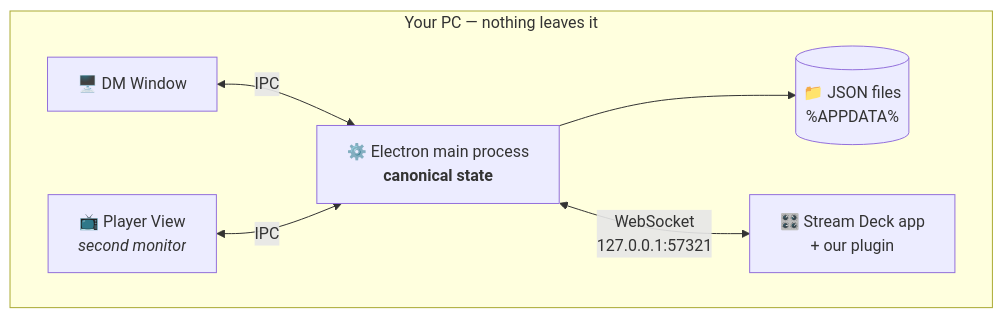
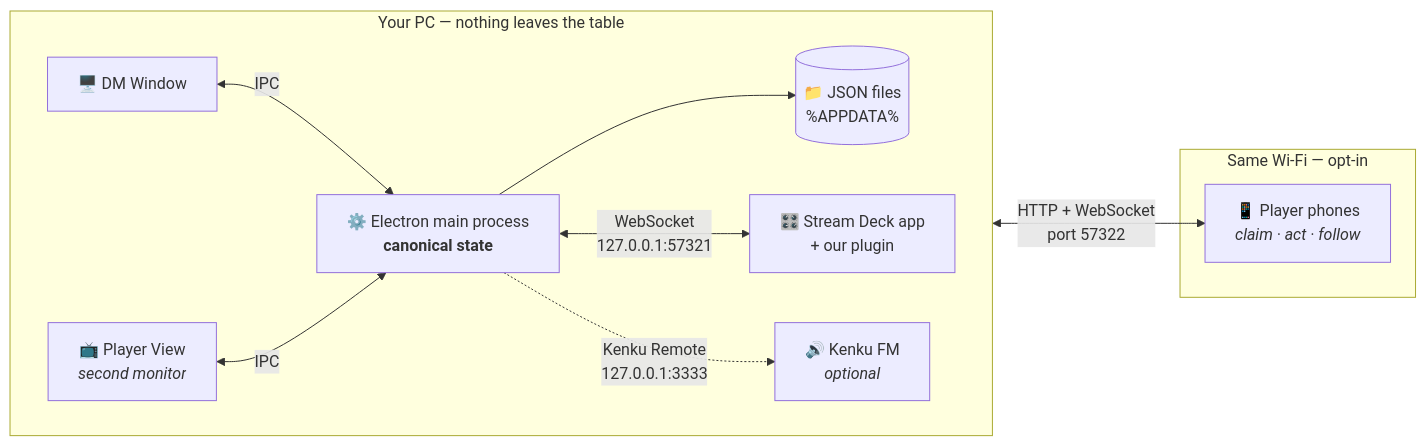
One commit to Lil-Dank/DnD-Combat-Tracker changed the fifth of 5 diagrams in README.md. Above: the diagram before and after it, drawn with Mermaid. The commit also changed other lines of this file and 12 other files, not shown here.

````diff
--- a/README.md
+++ b/README.md
@@ -140,16 +580,24 @@
 ```mermaid
 flowchart LR
-    subgraph host["Your PC — nothing leaves it"]
+    subgraph host["Your PC — nothing leaves the table"]
         direction LR
         DM["🖥️ DM Window"]
         PV["📺 Player View<br/><i>second monitor</i>"]
         MAIN["⚙️ Electron main process<br/><b>canonical state</b>"]
         JSON[("📁 JSON files<br/>%APPDATA%")]
         SD["🎛️ Stream Deck app<br/>+ our plugin"]
+        KENKU["🔊 Kenku FM<br/><i>optional</i>"]
 
         DM <-->|IPC| MAIN
         PV <-->|IPC| MAIN
         MAIN --> JSON
         MAIN <-->|"WebSocket<br/>127.0.0.1:57321"| SD
+        MAIN -.->|"Kenku Remote<br/>127.0.0.1:3333"| KENKU
     end
+
+    subgraph wifi["Same Wi-Fi — opt-in"]
+        PHONES["📱 Player phones<br/><i>claim · act · follow</i>"]
+    end
+
+    MAIN <-->|"HTTP + WebSocket<br/>port 57322"| PHONES
 ```
````
